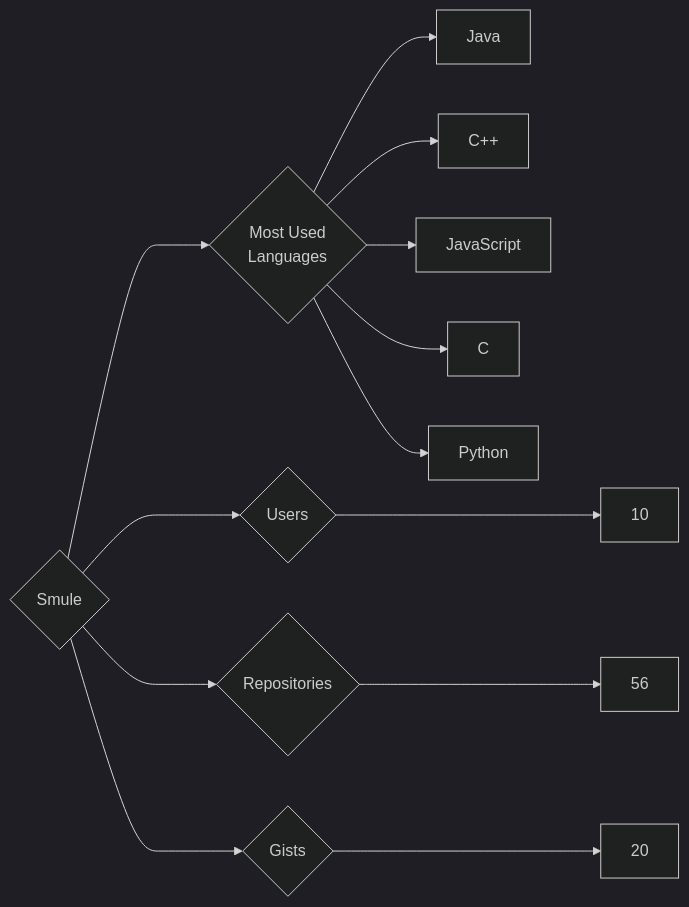
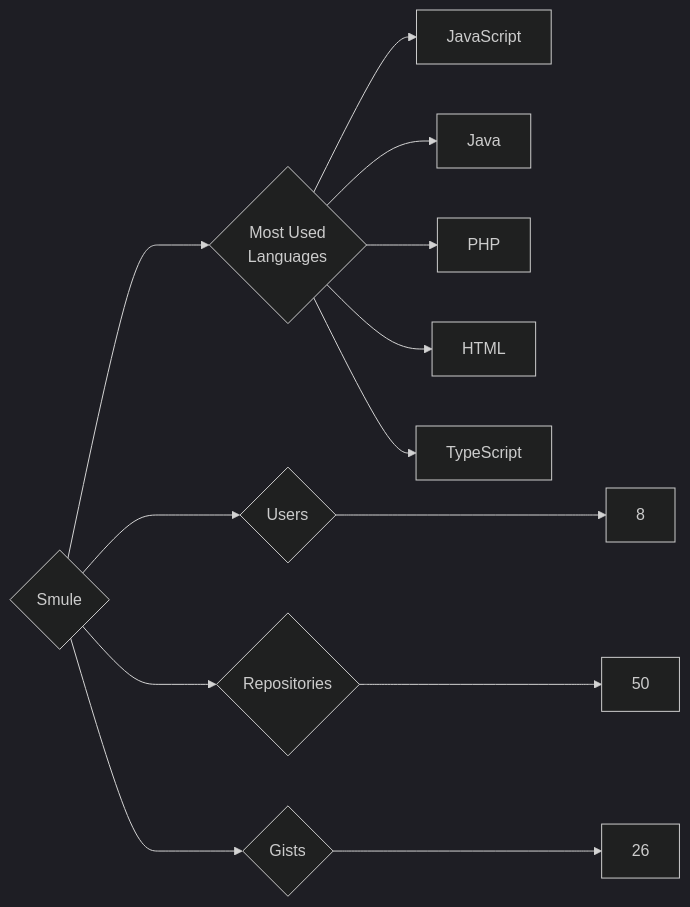
The diagram in targets/Smule/README.md (trickest/insiders), drawn with Mermaid (dark theme) before and after one commit. The commit also changed 1496 other files, not shown here.

````diff
--- a/targets/Smule/README.md
+++ b/targets/Smule/README.md
@@ -3,13 +3,13 @@
 ```mermaid
 graph LR
 COMPANY_NAME{Smule}
-COMPANY_NAME ---> U{Users} ---> UN[10]
-COMPANY_NAME ---> R{Repositories} ---> RN[56]
-COMPANY_NAME ---> G{Gists} ---> GN[20]
+COMPANY_NAME ---> U{Users} ---> UN[8]
+COMPANY_NAME ---> R{Repositories} ---> RN[50]
+COMPANY_NAME ---> G{Gists} ---> GN[26]
 COMPANY_NAME ---> ML{Most Used<br>Languages}
+ML --> JavaScript[JavaScript]
 ML --> Java[Java]
-ML --> C++[C++]
-ML --> JavaScript[JavaScript]
-ML --> C[C]
-ML --> Python[Python]
+ML --> PHP[PHP]
+ML --> HTML[HTML]
+ML --> TypeScript[TypeScript]
 ```
````
